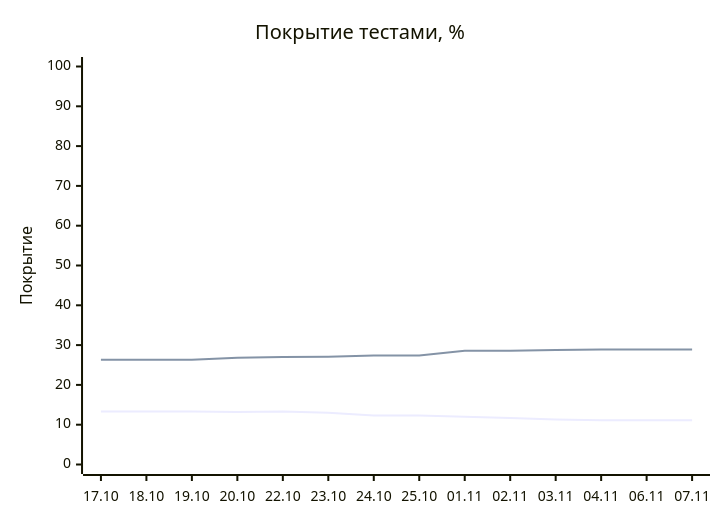
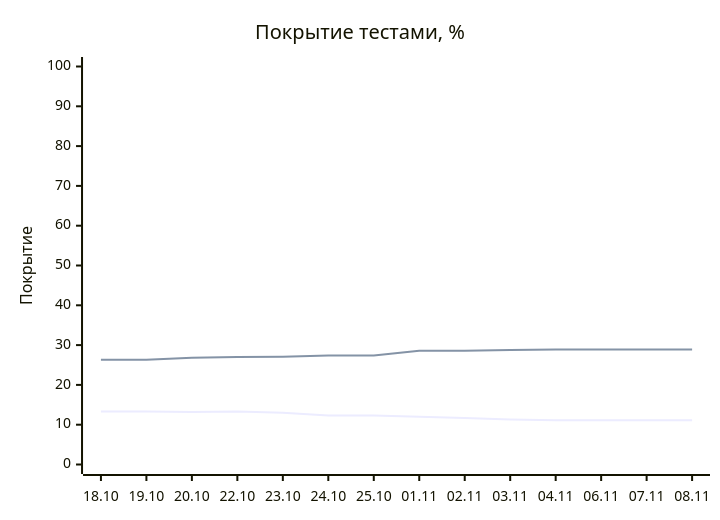
The diagram in README.md (EvgeniBondarev/coverage-report), drawn with Mermaid before and after one commit. The commit also changed other lines of this file and 3361 other files, not shown here.

````diff
--- a/README.md
+++ b/README.md
@@ -19,8 +19,8 @@
 ```mermaid
 xychart-beta
     title "Покрытие тестами, %"
-    x-axis ["17.10", "18.10", "19.10", "20.10", "22.10", "23.10", "24.10", "25.10", "01.11", "02.11", "03.11", "04.11", "06.11", "07.11"]
+    x-axis ["18.10", "19.10", "20.10", "22.10", "23.10", "24.10", "25.10", "01.11", "02.11", "03.11", "04.11", "06.11", "07.11", "08.11"]
     y-axis "Покрытие" 0 --> 100
-    line [13.3, 13.3, 13.3, 13.2, 13.3, 13, 12.3, 12.3, 12, 11.7, 11.3, 11.1, 11.1, 11.1]
-    line [26.3, 26.3, 26.3, 26.8, 27, 27.1, 27.4, 27.4, 28.6, 28.6, 28.8, 28.9, 28.9, 28.9]
+    line [13.3, 13.3, 13.2, 13.3, 13, 12.3, 12.3, 12, 11.7, 11.3, 11.1, 11.1, 11.1, 11.1]
+    line [26.3, 26.3, 26.8, 27, 27.1, 27.4, 27.4, 28.6, 28.6, 28.8, 28.9, 28.9, 28.9, 28.9]
 ```
````
